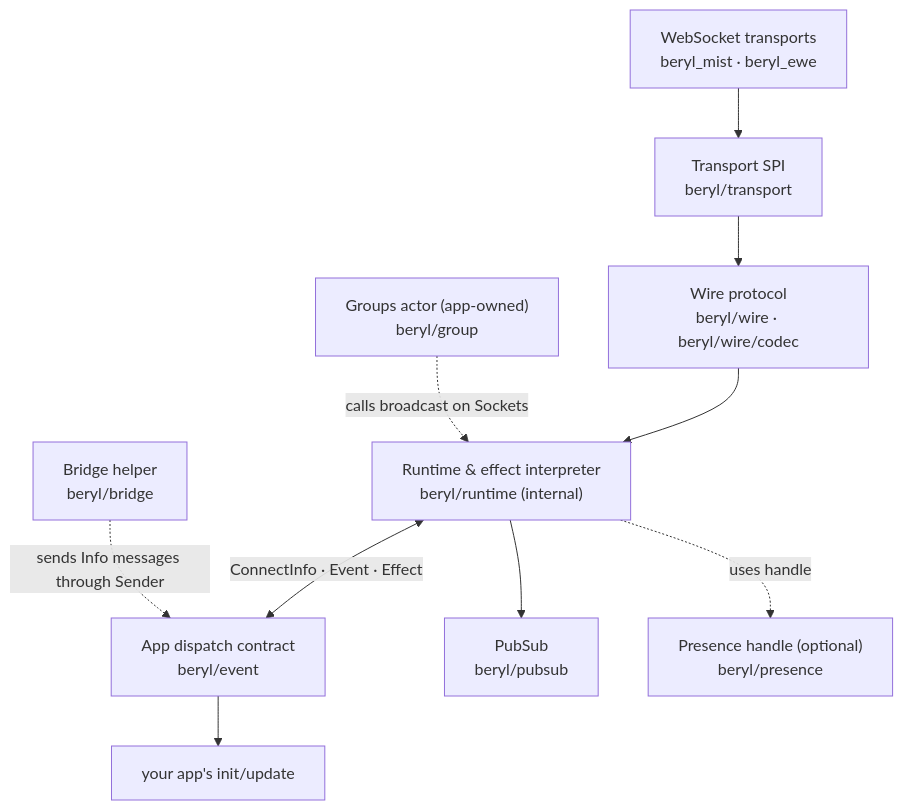
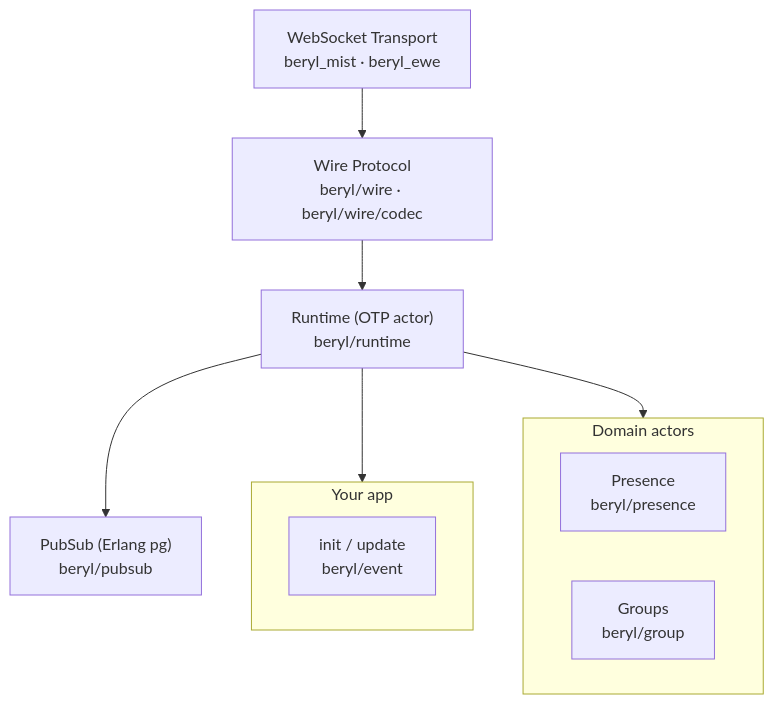
The first of 2 diagrams in website/src/content/docs/architecture/overview.md (tylerbutler/beryl), drawn with Mermaid before and after one commit. The commit also changed other lines of this file and 35 other files, not shown here.

First line of the commit message:
docs(website): rewrite guides on app-side dispatch

````diff
--- a/website/src/content/docs/architecture/overview.md
+++ b/website/src/content/docs/architecture/overview.md
@@ -22,21 +22,17 @@
 ```mermaid
 flowchart TB
-  T["WebSocket transports<br/>beryl_mist · beryl_ewe"]
-  SPI["Transport SPI<br/>beryl/transport"]
-  W["Wire protocol<br/>beryl/wire · beryl/wire/codec"]
-  R["Runtime & effect interpreter<br/>beryl/runtime (internal)"]
-  E["App dispatch contract<br/>beryl/event"]
-  APP["your app's init/update"]
-  PS["PubSub<br/>beryl/pubsub"]
-  PR["Presence handle (optional)<br/>beryl/presence"]
-  G["Groups actor (app-owned)<br/>beryl/group"]
-  B["Bridge helper<br/>beryl/bridge"]
-
-  T --> SPI --> W --> R
-  R <-->|ConnectInfo · Event · Effect| E
-  E --> APP
-  R --> PS
-  R -. uses handle .-> PR
-  G -. calls broadcast on Sockets .-> R
-  B -. sends Info messages through Sender .-> E
+  T["WebSocket Transport<br/>beryl_mist · beryl_ewe"]
+  W["Wire Protocol<br/>beryl/wire · beryl/wire/codec"]
+  RT["Runtime (OTP actor)<br/>beryl/runtime"]
+  subgraph App["Your app"]
+    U["init / update<br/>beryl/event"]
+  end
+  subgraph Domain["Domain actors"]
+    P["Presence<br/>beryl/presence"]
+    G["Groups<br/>beryl/group"]
+  end
+  PS["PubSub (Erlang pg)<br/>beryl/pubsub"]
+  T --> W --> RT --> App
+  RT --> Domain
+  RT --> PS
 ```
````
